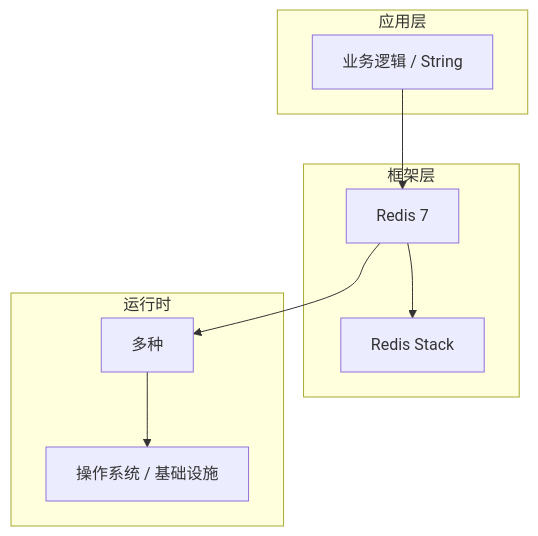
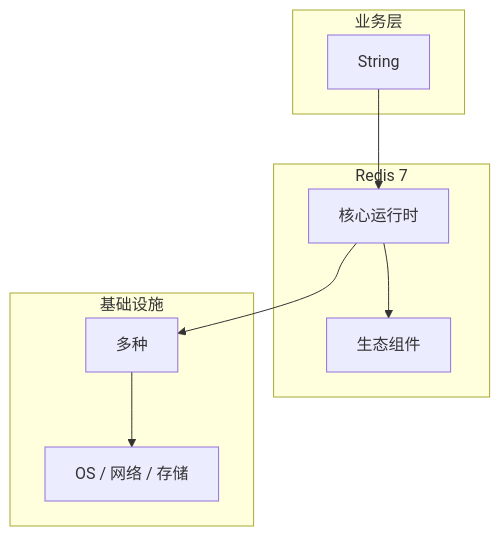
One commit to yanggan2015/knowledge-json-v2 changed the diagram in articles/Redis/chapters/013-String核心概念与原理.md. Above: the diagram before and after it, drawn with Mermaid. The commit also changed other lines of this file and 10127 other files, not shown here.

````diff
--- a/articles/Redis/chapters/013-String核心概念与原理.md
+++ b/articles/Redis/chapters/013-String核心概念与原理.md
@@ -45,18 +34,18 @@
 ```mermaid
 graph TB
-    subgraph 应用层
-        A[业务逻辑 / String]
+    subgraph 业务层
+        A[String]
     end
-    subgraph 框架层
-        B[Redis 7]
-        C[Redis Stack]
+    subgraph Redis 7
+        B[核心运行时]
+        C[生态组件]
     end
-    subgraph 运行时
+    subgraph 基础设施
         D[多种]
-        E[操作系统 / 基础设施]
+        E[OS / 网络 / 存储]
     end
     A --> B
     B --> C
     B --> D
     D --> E
 ```
````
